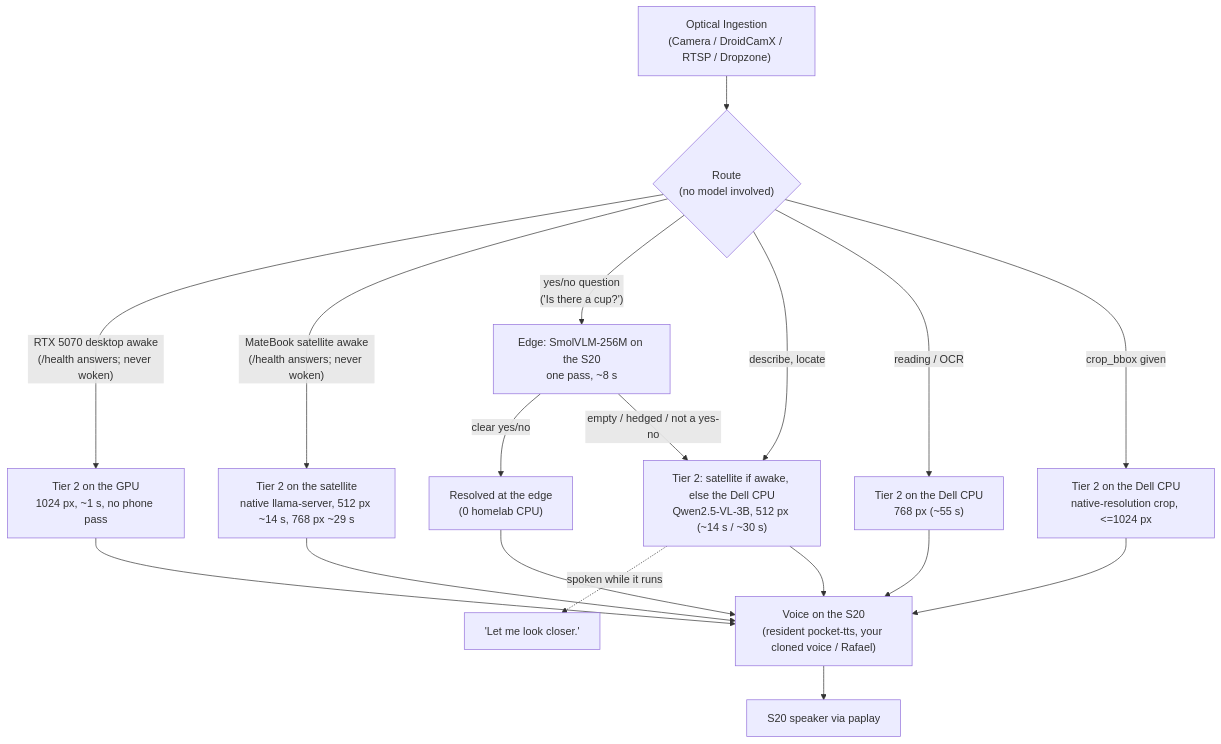
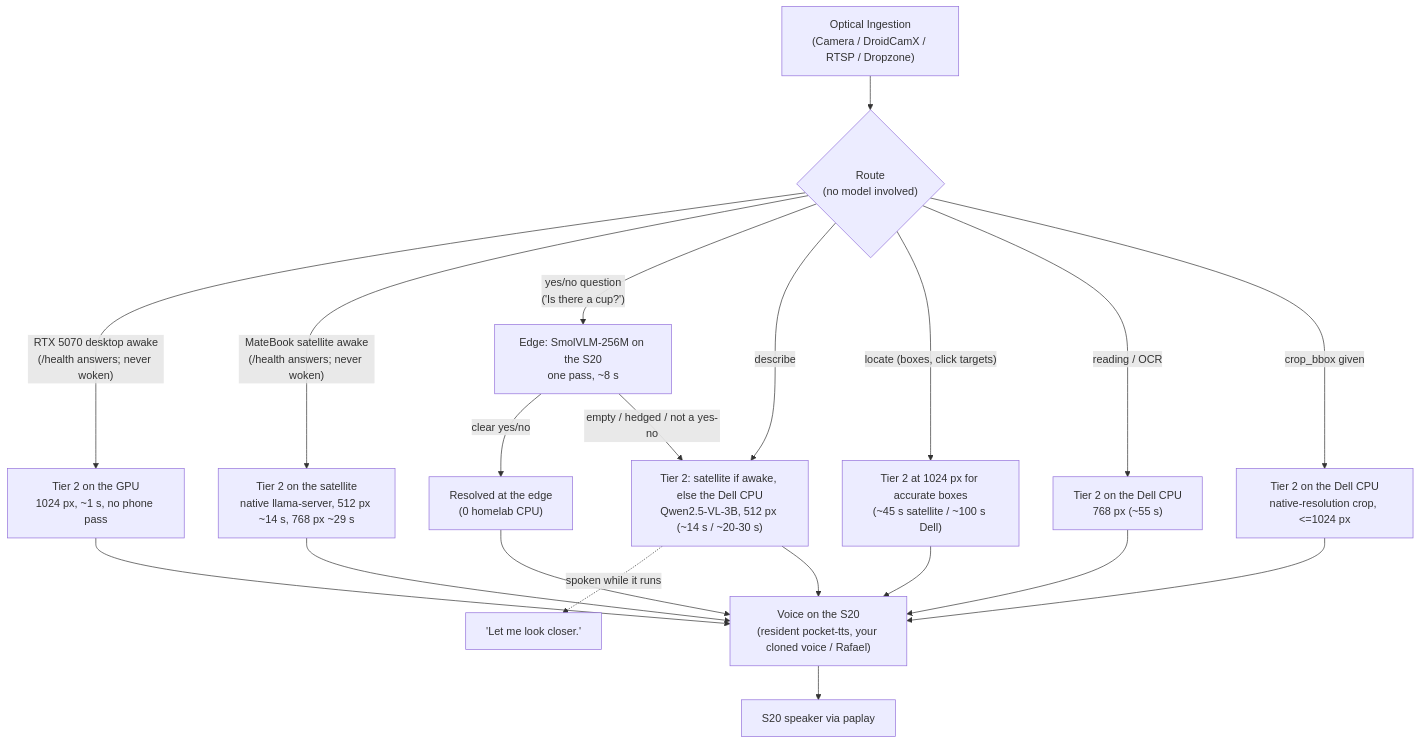
The diagram in README.md (TravT/ambient-companion), drawn with Mermaid before and after one commit. The commit also changed other lines of this file and 4 other files, not shown here.

````diff
--- a/README.md
+++ b/README.md
@@ -14,25 +14,27 @@
 ```mermaid
 flowchart TD
     A["Optical Ingestion\n(Camera / DroidCamX / RTSP / Dropzone)"] --> R{"Route\n(no model involved)"}
 
     R -->|"RTX 5070 desktop awake\n(/health answers; never woken)"| GPU["Tier 2 on the GPU\n1024 px, ~1 s, no phone pass"]
     R -->|"MateBook satellite awake\n(/health answers; never woken)"| SAT["Tier 2 on the satellite\nnative llama-server, 512 px ~14 s, 768 px ~29 s"]
 
     R -->|"yes/no question\n('Is there a cup?')"| C["Edge: SmolVLM-256M on the S20\none pass, ~8 s"]
     C -->|"clear yes/no"| F["Resolved at the edge\n(0 homelab CPU)"]
     C -->|"empty / hedged / not a yes-no"| H
 
-    R -->|"describe, locate"| H["Tier 2: satellite if awake, else the Dell CPU\nQwen2.5-VL-3B, 512 px (~14 s / ~30 s)"]
+    R -->|"describe"| H["Tier 2: satellite if awake, else the Dell CPU\nQwen2.5-VL-3B, 512 px (~14 s / ~20-30 s)"]
+    R -->|"locate (boxes, click targets)"| H4["Tier 2 at 1024 px for accurate boxes\n(~45 s satellite / ~100 s Dell)"]
     R -->|"reading / OCR"| H2["Tier 2 on the Dell CPU\n768 px (~55 s)"]
     R -->|"crop_bbox given"| H3["Tier 2 on the Dell CPU\nnative-resolution crop, <=1024 px"]
 
     H -.->|"spoken while it runs"| Q["'Let me look closer.'"]
 
     F --> I["Voice on the S20\n(resident pocket-tts, your cloned voice / Rafael)"]
     GPU --> I
     SAT --> I
     H --> I
+    H4 --> I
     H2 --> I
     H3 --> I
     I --> J["S20 speaker via paplay"]
 ```
````
